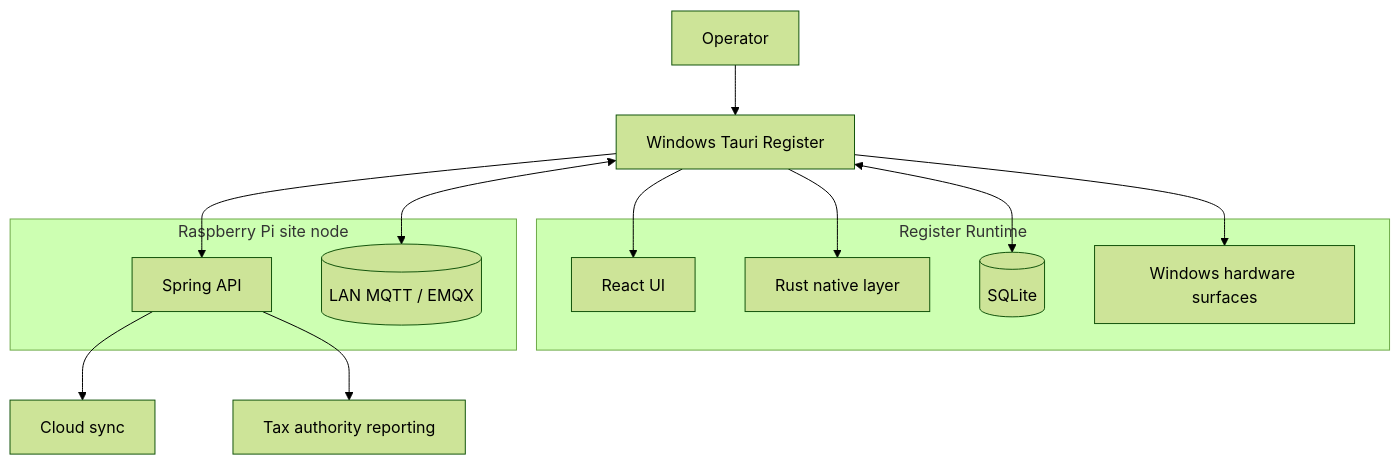
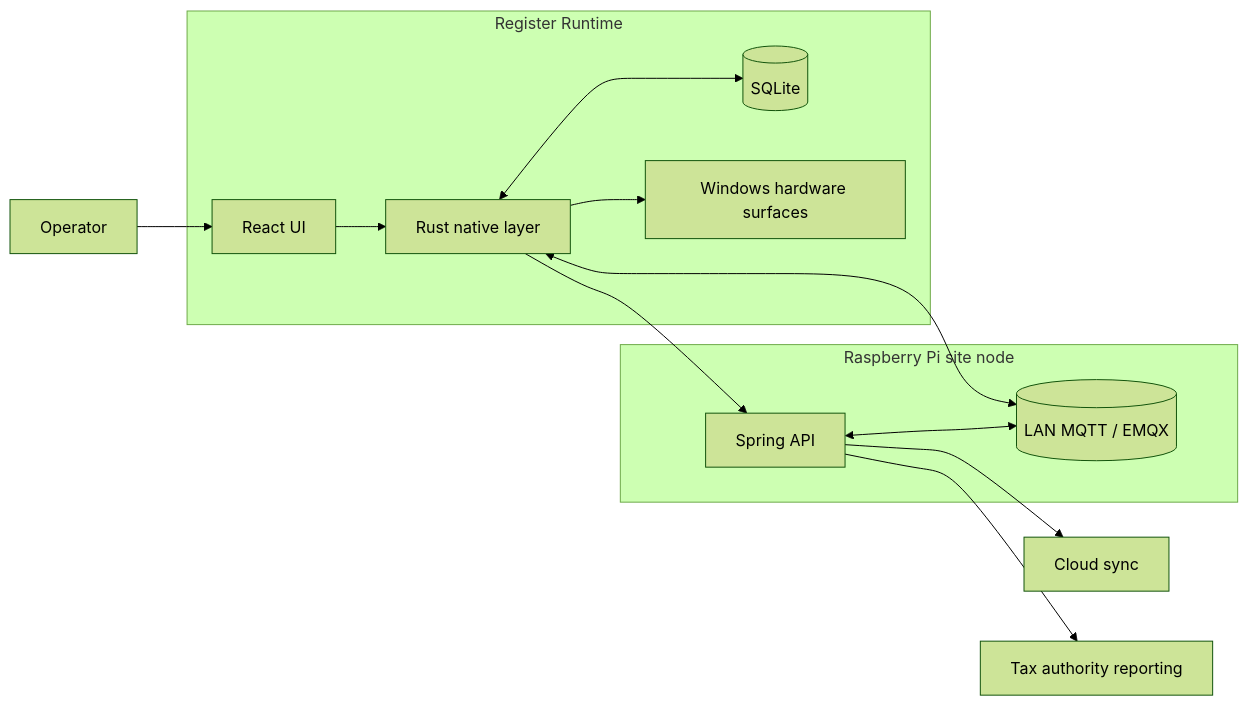
One commit to kaddaak/portfolio changed the diagram in hospitality-pos/windows-tauri/README.md. Above: the diagram before and after it, drawn with Mermaid (forest theme). The commit also changed other lines of this file, not shown here.

````diff
--- a/hospitality-pos/windows-tauri/README.md
+++ b/hospitality-pos/windows-tauri/README.md
@@ -9,27 +9,22 @@
 ```mermaid
-flowchart TB
-  OP["Operator"] --> APP["Windows Tauri Register"]
+flowchart LR
+  OP["Operator"] --> UI["React UI"]
+
+  subgraph SITE["Raspberry Pi site node"]
+    API["Spring API"]
+    BROKER[("LAN MQTT / EMQX")]
+  end
 
   subgraph REGISTER["Register Runtime"]
-    UI["React UI"]
-    NATIVE["Rust native layer"]
-    SQLITE[("SQLite")]
-    HARDWARE["Windows hardware surfaces"]
+    UI --> NATIVE["Rust native layer"]
+    NATIVE <--> SQLITE[("SQLite")]
+    NATIVE --> HARDWARE["Windows hardware surfaces"]
   end
 
-  subgraph SITE_RUNTIME["Raspberry Pi site node"]
-    SITE["Spring API"]
-    MQTT[("LAN MQTT / EMQX")]
-  end
+  NATIVE --> API
+  NATIVE <--> BROKER
+  API <--> BROKER
 
-  APP --> UI
-  APP --> NATIVE
-  APP <--> SQLITE
-  APP --> HARDWARE
-
-  APP --> SITE
-  APP <--> MQTT
-
-  SITE --> CLOUD["Cloud sync"]
-  SITE --> TAX["Tax authority reporting"]
+  API --> CLOUD["Cloud sync"]
+  API --> TAX["Tax authority reporting"]
 ```
````
